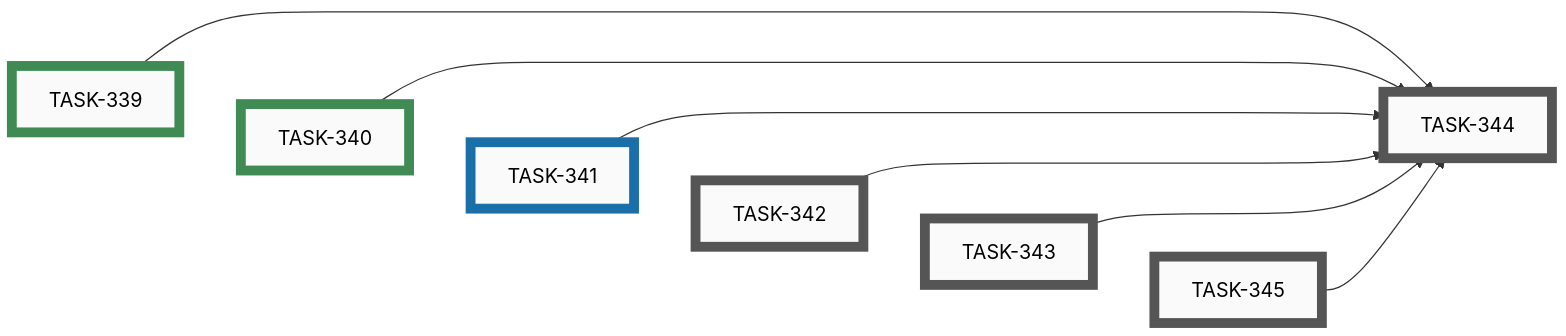
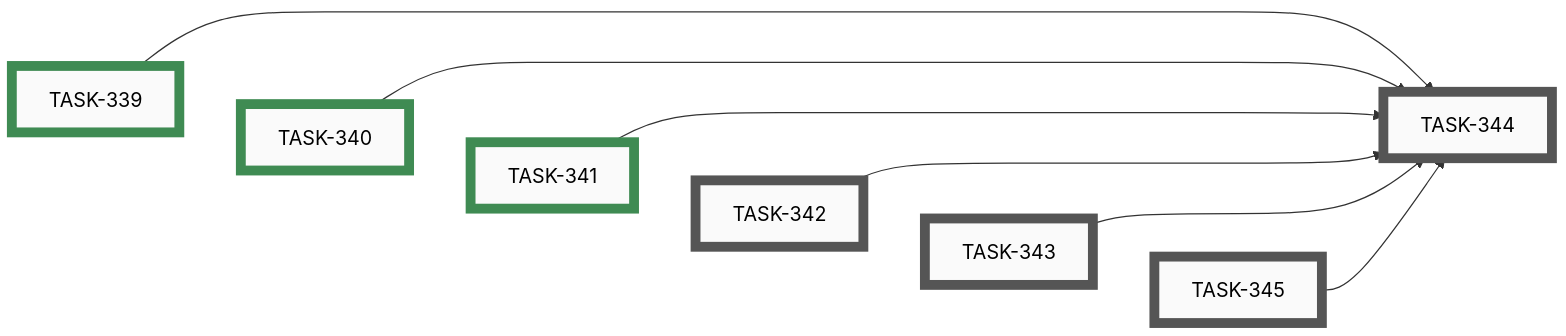
The ninth of 10 diagrams in docs/developers/tasks/EPICS.md (tgd1975/AwesomeStudioPedal), drawn with Mermaid before and after one commit. The commit also changed other lines of this file and 3 other files, not shown here.

Commit message:
close TASK-341: Add ASP logo to configuration builder header

````diff
--- a/docs/developers/tasks/EPICS.md
+++ b/docs/developers/tasks/EPICS.md
@@ -366,32 +366,32 @@
 ```mermaid
 graph LR
     TASK_342["TASK-342"]:::open
     TASK_343["TASK-343"]:::open
     TASK_344["TASK-344"]:::open
     TASK_345["TASK-345"]:::open
-    TASK_341["TASK-341"]:::active
     TASK_339["TASK-339"]:::closed
     TASK_340["TASK-340"]:::closed
+    TASK_341["TASK-341"]:::closed
     TASK_339 --> TASK_344
     TASK_340 --> TASK_344
     TASK_341 --> TASK_344
     TASK_342 --> TASK_344
     TASK_343 --> TASK_344
     TASK_345 --> TASK_344
     TASK_339 ~~~ TASK_340 ~~~ TASK_341 ~~~ TASK_342 ~~~ TASK_343 ~~~ TASK_345
     click TASK_342 "open/task-342-add-asp-logo-to-mobile-app-appbar.md"
     click TASK_343 "open/task-343-add-github-social-preview-image.md"
     click TASK_344 "open/task-344-archive-idea-049-after-logo-tasks-shipped.md"
     click TASK_345 "open/task-345-swap-android-launcher-icon-to-asp-mark.md"
-    click TASK_341 "active/task-341-add-asp-logo-to-configuration-builder-header.md"
     click TASK_339 "closed/task-339-add-asp-logo-to-web-simulator-header.md"
     click TASK_340 "closed/task-340-add-asp-logo-to-profile-builder-header.md"
+    click TASK_341 "closed/task-341-add-asp-logo-to-configuration-builder-header.md"
     classDef open    fill:#FAFAFA,stroke:#555,stroke-width:8px,color:#000
     classDef active  fill:#FAFAFA,stroke:#1A6FA8,stroke-width:8px,color:#000
     classDef closed  fill:#FAFAFA,stroke:#3F8B53,stroke-width:8px,color:#000
     classDef paused  fill:#FAFAFA,stroke:#B07810,stroke-width:8px,color:#000
     classDef openExt    fill:#000,stroke:#888,stroke-width:8px,color:#FFF
     classDef activeExt  fill:#000,stroke:#3FA9F5,stroke-width:8px,color:#FFF
     classDef closedExt  fill:#000,stroke:#7CC68A,stroke-width:8px,color:#FFF
     classDef pausedExt  fill:#000,stroke:#F0B030,stroke-width:8px,color:#FFF
 ```
````
